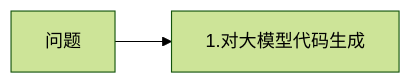
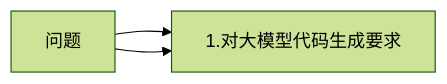
The diagram in all/组件数据存储-1.md (yingjianzh/iodraw-files), drawn with Mermaid (forest theme) before and after one commit.

Commit message:
2025-02-14 10:33:46 update

````diff
--- a/all/组件数据存储-1.md
+++ b/all/组件数据存储-1.md
@@ -1,6 +1,7 @@
 ```mermaid
 flowchart LR
-    问题 --> 1.对大模型代码生成
+    问题 --> 1.对大模型代码生成要求
+    问题 --> 1.对大模型代码生成要求
     
   
 ```
````
